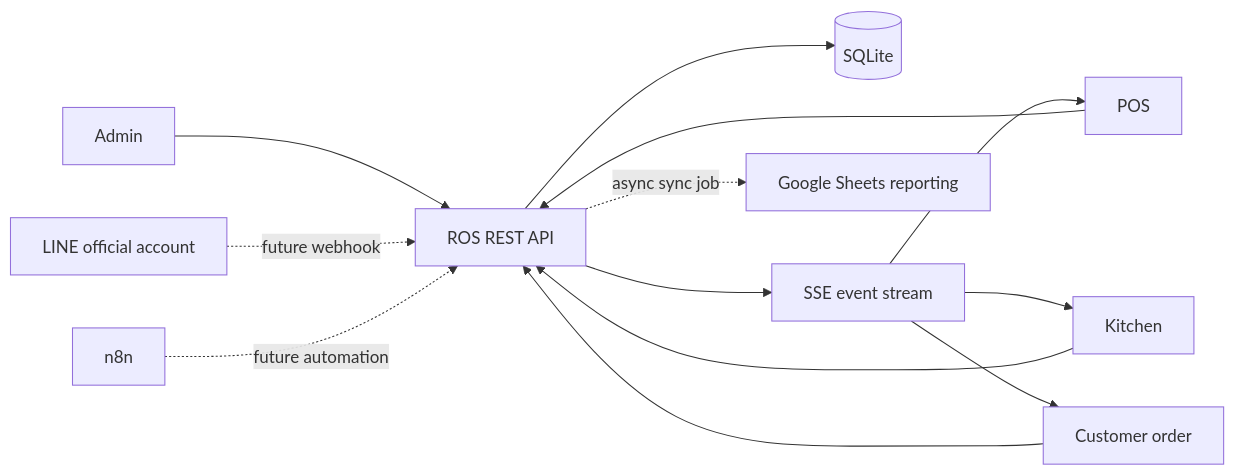
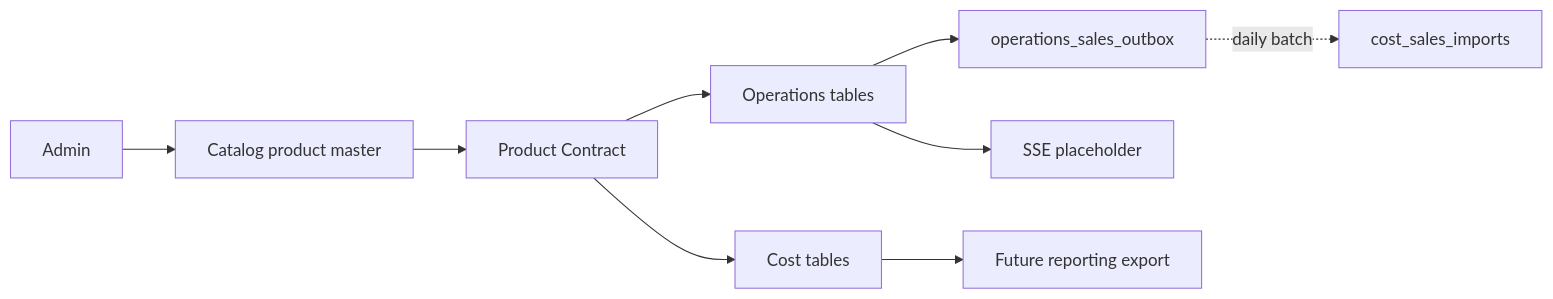
One commit to lighthousefood0508-wq/island-operations-assistant changed the diagram in docs/02_SYSTEM_ARCHITECTURE.md. Above: the diagram before and after it, drawn with Mermaid. The commit also changed other lines of this file and 51 other files, not shown here.

````diff
--- a/docs/02_SYSTEM_ARCHITECTURE.md
+++ b/docs/02_SYSTEM_ARCHITECTURE.md
@@ -5,15 +5,11 @@
 ```mermaid
 flowchart LR
-  Admin[Admin] --> API[ROS REST API]
-  POS[POS] --> API
-  Order[Customer order] --> API
-  Kitchen[Kitchen] --> API
-  API --> DB[(SQLite)]
-  API --> SSE[SSE event stream]
-  SSE --> POS
-  SSE --> Kitchen
-  SSE --> Order
-  API -. async sync job .-> Sheets[Google Sheets reporting]
-  LINE[LINE official account] -. future webhook .-> API
-  n8n[n8n] -. future automation .-> API
+  Admin[Admin] --> Catalog[Catalog product master]
+  Catalog --> Product[Product Contract]
+  Product --> Operations[Operations tables]
+  Product --> Cost[Cost tables]
+  Operations --> Outbox[operations_sales_outbox]
+  Outbox -. daily batch .-> Imports[cost_sales_imports]
+  Cost --> Sheets[Future reporting export]
+  Operations --> SSE[SSE placeholder]
 ```
````
